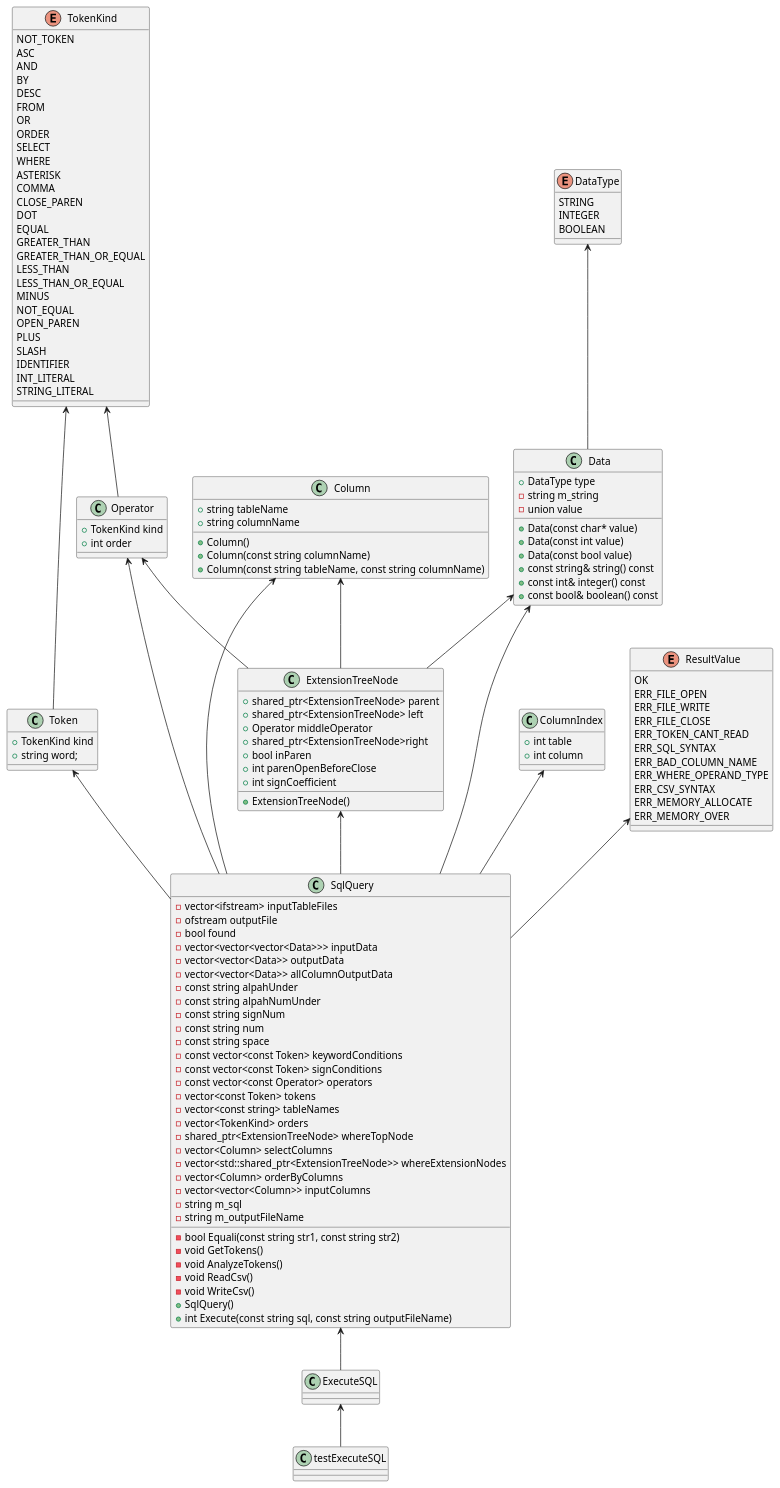
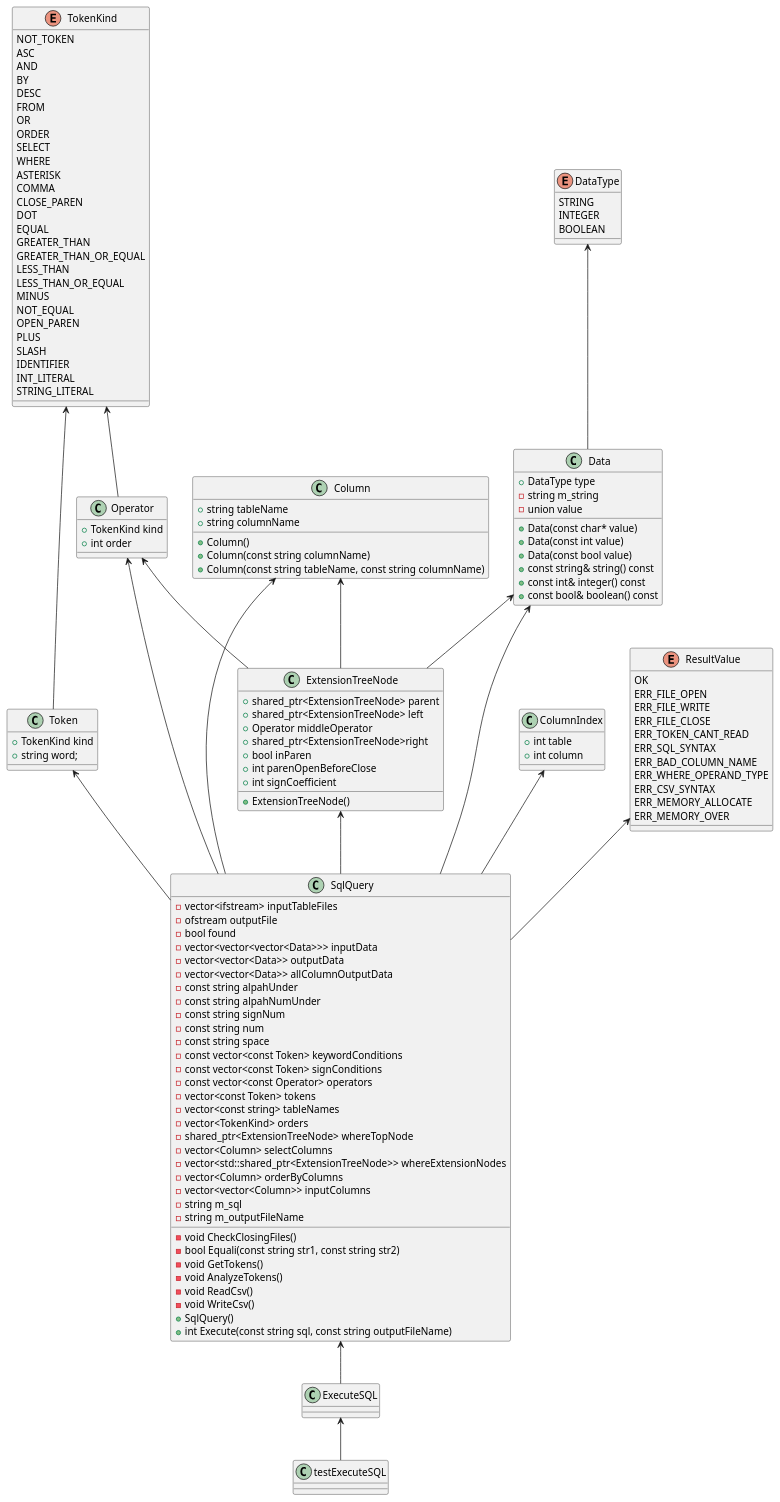
Before and after one commit to yotten/TinySQL: the diagram in ExecuteSQL.pu, drawn with PlantUML. The commit also changed 2 other files, not shown here.

Commit message:
132.GetTokensの引数、戻り値を整理1(CheckClosingFiles作成)
[----------] Global test environment tear-down
[==========] 213 tests from 1 test case ran. (5851 ms total)
[  PASSED  ] 213 tests.

```diff
--- a/ExecuteSQL.pu
+++ b/ExecuteSQL.pu
@@ -1,144 +1,145 @@
 @startuml
 
 class testExecuteSQL {}
 class SqlQuery {
 	-vector<ifstream> inputTableFiles
 	-ofstream outputFile
 	-bool found
 	-vector<vector<vector<Data>>> inputData
 	-vector<vector<Data>> outputData
 	-vector<vector<Data>> allColumnOutputData	
 	-const string alpahUnder
 	-const string alpahNumUnder
 	-const string signNum
 	-const string num
 	-const string space
 	-const vector<const Token> keywordConditions
 	-const vector<const Token> signConditions
 	-const vector<const Operator> operators
 	-vector<const Token> tokens
 	-vector<const string> tableNames
 	-vector<TokenKind> orders
 	-shared_ptr<ExtensionTreeNode> whereTopNode
 	-vector<Column> selectColumns
 	-vector<std::shared_ptr<ExtensionTreeNode>> whereExtensionNodes
 	-vector<Column> orderByColumns
 	-vector<vector<Column>> inputColumns
+	-void CheckClosingFiles()
 	-string m_sql
 	-string m_outputFileName
 	-bool Equali(const string str1, const string str2)
 	-void GetTokens()
 	-void AnalyzeTokens()
 	-void ReadCsv()
 	-void WriteCsv()
 	+SqlQuery()
 	+int Execute(const string sql, const string outputFileName)
 }
 class ExecuteSQL {
 	
 }
 
 class Data {
     +DataType type
 	-string m_string
 	-union value
 	+Data(const char* value)
 	+Data(const int value)
 	+Data(const bool value)
 	+const string& string() const
 	+const int& integer() const
 	+const bool& boolean() const
 }
 class Operator{
     +TokenKind kind
     +int order
 }
 class Token{
     +TokenKind kind
     +string word;
 }
 class ExtensionTreeNode{
 	+shared_ptr<ExtensionTreeNode> parent
 	+shared_ptr<ExtensionTreeNode> left
 	+Operator middleOperator
 	+shared_ptr<ExtensionTreeNode>right
 	+bool inParen
 	+int parenOpenBeforeClose
 	+int signCoefficient
 	+ExtensionTreeNode()
 }
 class ColumnIndex{
     +int table
     +int column
 }
 class Column{
     +string tableName
     +string columnName
     +Column()
     +Column(const string columnName)
     +Column(const string tableName, const string columnName)
 }
 enum DataType{
    	STRING
 	INTEGER
 	BOOLEAN
 }
 enum TokenKind{
     NOT_TOKEN
 	ASC
 	AND
 	BY
 	DESC
 	FROM
 	OR
 	ORDER
 	SELECT
 	WHERE
 	ASTERISK
 	COMMA
 	CLOSE_PAREN
 	DOT
 	EQUAL
 	GREATER_THAN
 	GREATER_THAN_OR_EQUAL
 	LESS_THAN
 	LESS_THAN_OR_EQUAL
 	MINUS
 	NOT_EQUAL
 	OPEN_PAREN
 	PLUS
 	SLASH
 	IDENTIFIER
 	INT_LITERAL
 	STRING_LITERAL
 }
 enum ResultValue{
     OK
 	ERR_FILE_OPEN
 	ERR_FILE_WRITE
 	ERR_FILE_CLOSE
 	ERR_TOKEN_CANT_READ
 	ERR_SQL_SYNTAX
 	ERR_BAD_COLUMN_NAME
 	ERR_WHERE_OPERAND_TYPE
 	ERR_CSV_SYNTAX
 	ERR_MEMORY_ALLOCATE
 	ERR_MEMORY_OVER
 }
 
 ExecuteSQL <-- testExecuteSQL
 SqlQuery <-- ExecuteSQL
 Data <-- SqlQuery
 Operator <-- SqlQuery
 Token <-- SqlQuery
 ExtensionTreeNode <-- SqlQuery
 ColumnIndex <-- SqlQuery
 Column <-- SqlQuery
 ResultValue <-- SqlQuery
 DataType <-- Data
 TokenKind <-- Token
 TokenKind <-- Operator
 Operator <-- ExtensionTreeNode
 Column <-- ExtensionTreeNode
 Data <-- ExtensionTreeNode
 @enduml
```
